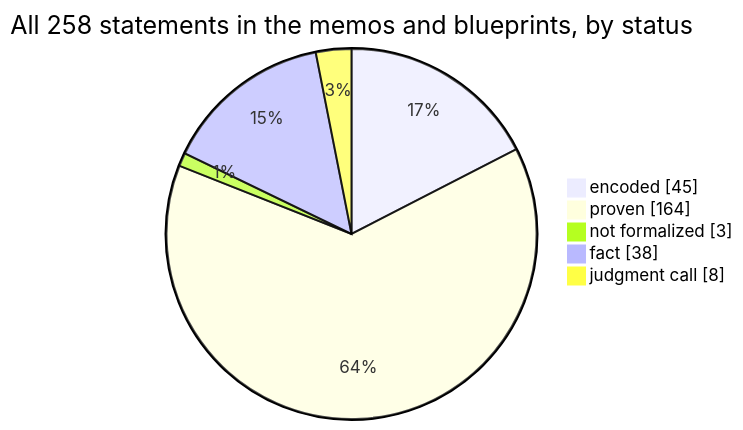
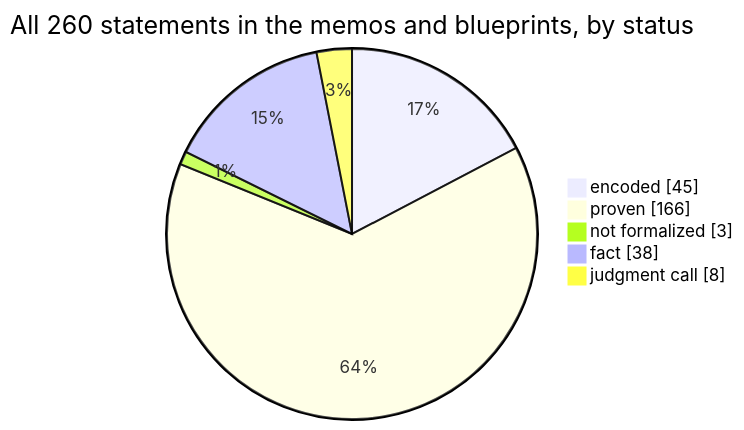
One commit to SeanWMurray/Canteen changed the first of 4 diagrams in docs/graphs/dashboard.md. Above: the diagram before and after it, drawn with Mermaid. The commit also changed other lines of this file and 13 other files, not shown here.

````diff
--- a/docs/graphs/dashboard.md
+++ b/docs/graphs/dashboard.md
@@ -11,8 +11,8 @@
 ```mermaid
-pie showData title All 258 statements in the memos and blueprints, by status
+pie showData title All 260 statements in the memos and blueprints, by status
     "encoded" : 45
-    "proven" : 164
+    "proven" : 166
     "not formalized" : 3
     "fact" : 38
     "judgment call" : 8
 ```
````
